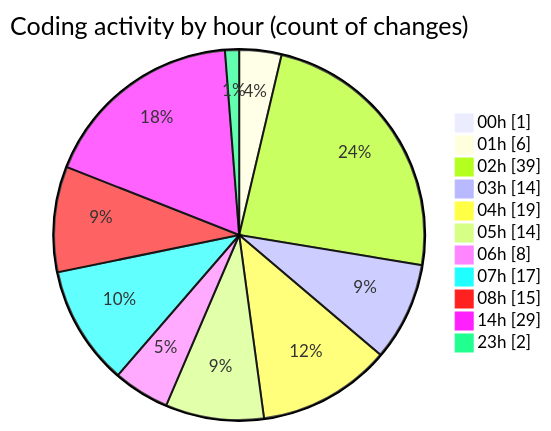
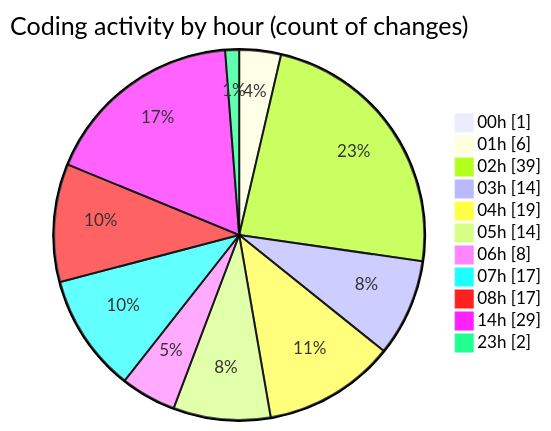
One commit to charlie-sans/code-tracking changed the second of 2 diagrams in 2025-02-19/masm/README.md. Above: the diagram before and after it, drawn with Mermaid. The commit also changed other lines of this file and 1 other file, not shown here.

````diff
--- a/2025-02-19/masm/README.md
+++ b/2025-02-19/masm/README.md
@@ -54,15 +56,15 @@
 ```mermaid
 pie showData
 title Coding activity by hour (count of changes)
 "00h" : 1
 "01h" : 6
 "02h" : 39
 "03h" : 14
 "04h" : 19
 "05h" : 14
 "06h" : 8
 "07h" : 17
-"08h" : 15
+"08h" : 17
 "14h" : 29
 "23h" : 2
 ```
````
